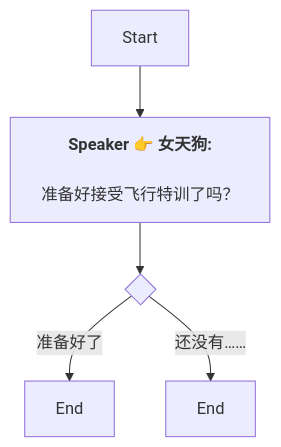
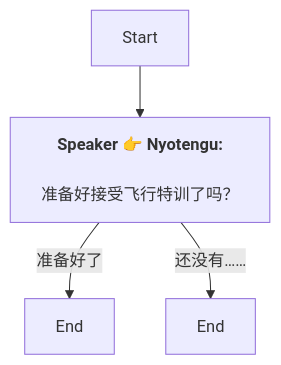
One commit to SoftHu/tos_avg changed the diagram in Zh/QuestTalkObjectiveNode_1753215920590245.md. Above: the diagram before and after it, drawn with Mermaid. The commit also changed 737 other files, not shown here.

````diff
--- a/Zh/QuestTalkObjectiveNode_1753215920590245.md
+++ b/Zh/QuestTalkObjectiveNode_1753215920590245.md
@@ -1,10 +1,8 @@
 ```mermaid
 graph
-Start -->1753215953851816[<b>Speaker 👉 女天狗:</b>
+Start -->1753215953851816[<b>Speaker 👉 Nyotengu:</b>
+\n准备好接受飞行特训了吗？]
+1753215953851816 -->|准备好了|1753216057456046[End]
+1753215953851816 -->|还没有……|1753216059639215[End]
 
-准备好接受飞行特训了吗？]
-1753215953851816 -->1753216001736105{ }
-1753216001736105 -->|准备好了|1753216057456046[End]
-1753216001736105 -->|还没有……|1753216059639215[End]
-
- ```
+```
````
